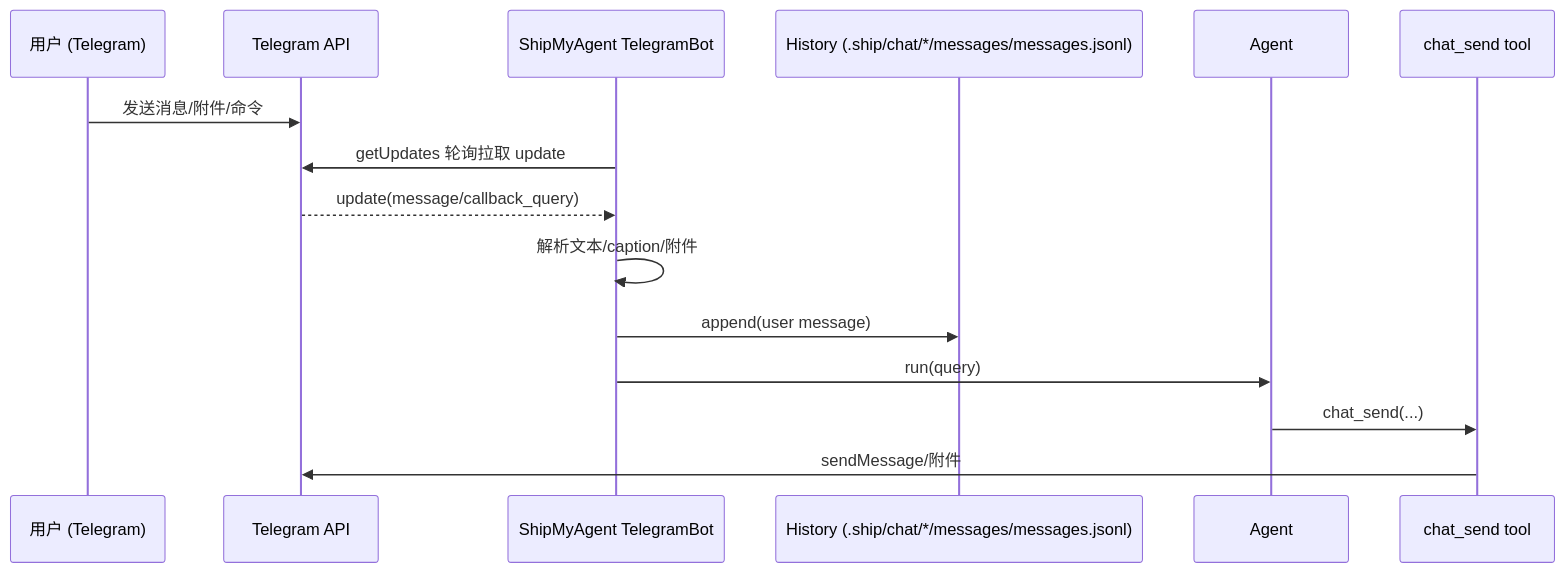
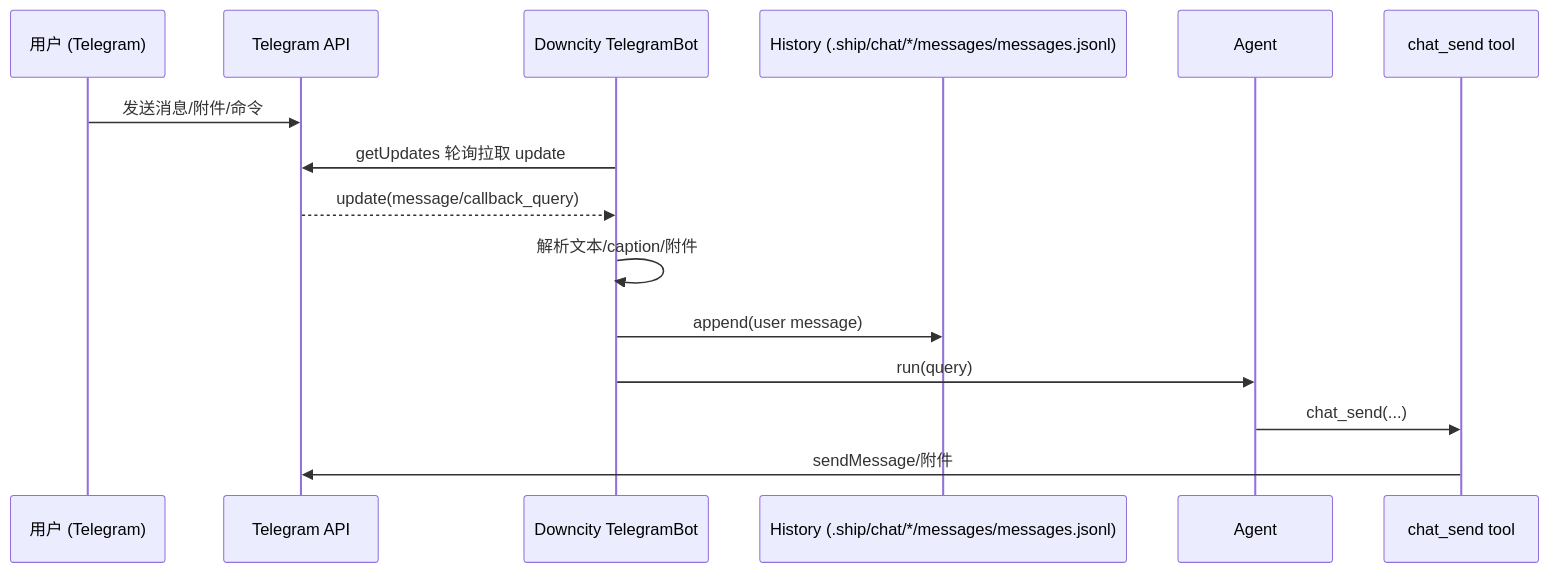
The diagram in homepage/content/docs/zh/services/chat/telegram-message-flow.mdx (wangenius/downcity), drawn with Mermaid before and after one commit. The commit also changed other lines of this file and 293 other files, not shown here.

````diff
--- a/homepage/content/docs/zh/services/chat/telegram-message-flow.mdx
+++ b/homepage/content/docs/zh/services/chat/telegram-message-flow.mdx
@@ -16,19 +16,19 @@
 ```mermaid
 sequenceDiagram
   participant U as 用户 (Telegram)
   participant TG as Telegram API
-  participant BOT as ShipMyAgent TelegramBot
+  participant BOT as Downcity TelegramBot
   participant CS as History (.ship/chat/*/messages/messages.jsonl)
   participant RT as Agent
   participant T as chat_send tool
 
   U->>TG: 发送消息/附件/命令
   BOT->>TG: getUpdates 轮询拉取 update
   TG-->>BOT: update(message/callback_query)
 
   BOT->>BOT: 解析文本/caption/附件
   BOT->>CS: append(user message)
   BOT->>RT: run(query)
   RT->>T: chat_send(...)
   T->>TG: sendMessage/附件
 ```
````
